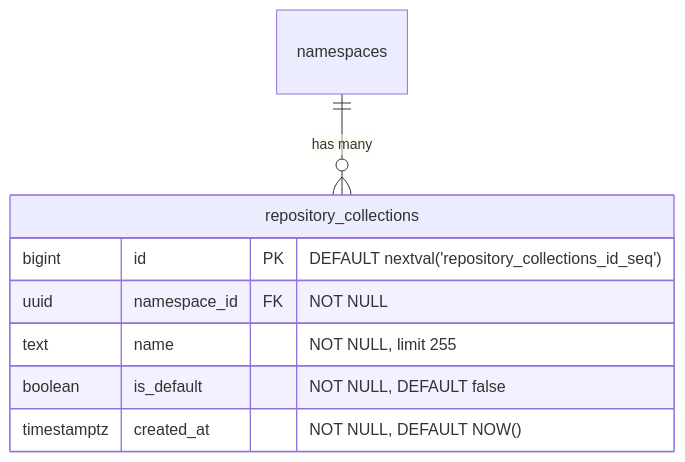
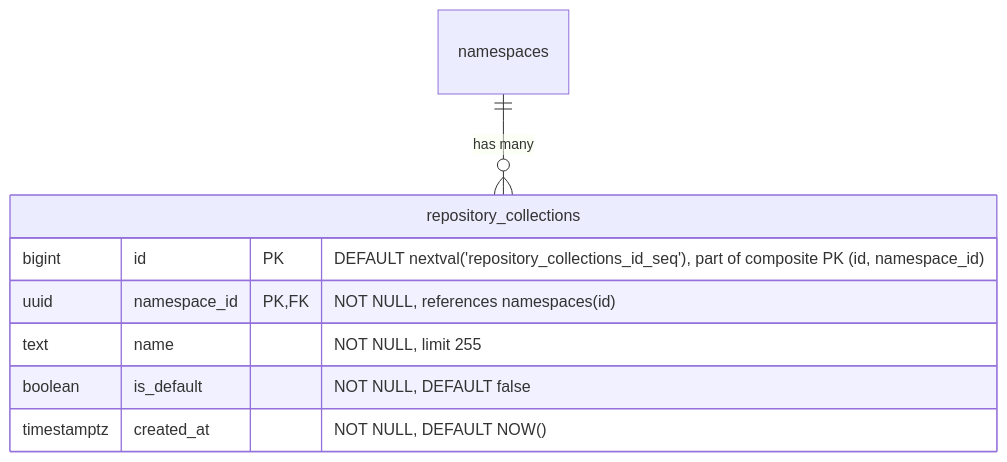
The second of 19 diagrams in content/handbook/engineering/architecture/design-documents/artifact_registry/decisions/007_database_schema.md (kyama0/gitlab-handbook-ja), drawn with Mermaid before and after one commit. The commit also changed other lines of this file and 7 other files, not shown here.

````diff
--- a/content/handbook/engineering/architecture/design-documents/artifact_registry/decisions/007_database_schema.md
+++ b/content/handbook/engineering/architecture/design-documents/artifact_registry/decisions/007_database_schema.md
@@ -73,12 +80,12 @@
 ```mermaid
 erDiagram
     namespaces ||--o{ repository_collections : "has many"
 
     repository_collections {
-        bigint id PK "DEFAULT nextval('repository_collections_id_seq')"
-        uuid namespace_id FK "NOT NULL"
+        bigint id PK "DEFAULT nextval('repository_collections_id_seq'), part of composite PK (id, namespace_id)"
+        uuid namespace_id PK,FK "NOT NULL, references namespaces(id)"
         text name "NOT NULL, limit 255"
         boolean is_default "NOT NULL, DEFAULT false"
         timestamptz created_at "NOT NULL, DEFAULT NOW()"
     }
 ```
````
